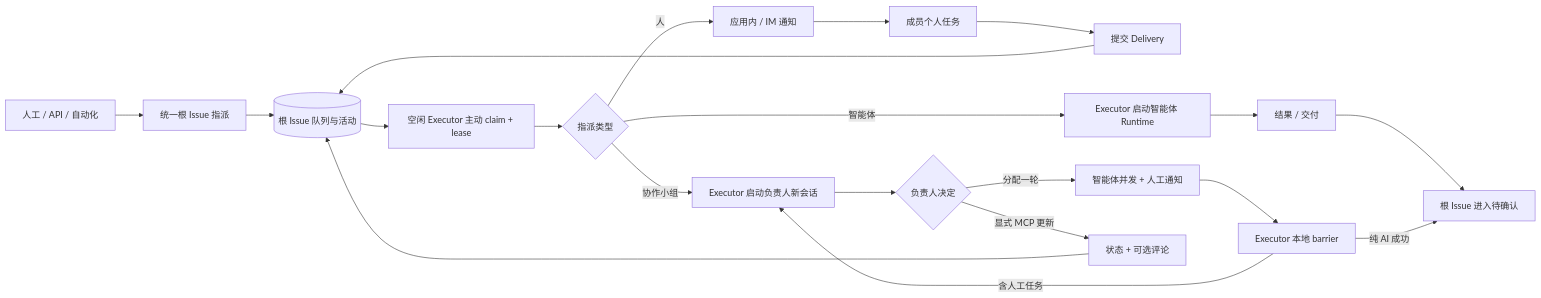
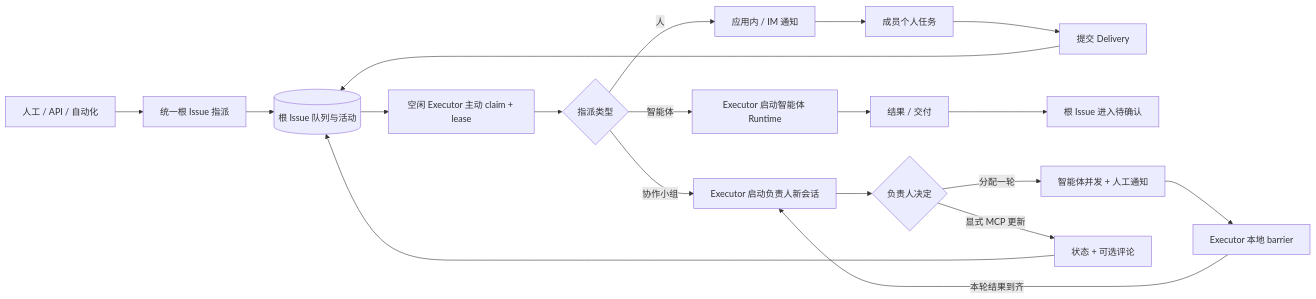
The first of 4 diagrams in docs/zh/wegent/developer-guide/cloud-project-collaboration.md (wecode-ai/Wegent), drawn with Mermaid before and after one commit. The commit also changed other lines of this file and 12 other files, not shown here.

````diff
--- a/docs/zh/wegent/developer-guide/cloud-project-collaboration.md
+++ b/docs/zh/wegent/developer-guide/cloud-project-collaboration.md
@@ -140,22 +140,21 @@
 ```mermaid
 flowchart LR
     TRIGGER[人工 / API / 自动化] --> ASSIGN[统一根 Issue 指派]
     ASSIGN --> ROOT[(根 Issue 队列与活动)]
     ROOT --> CLAIM[空闲 Executor 主动 claim + lease]
     CLAIM --> KIND{指派类型}
     KIND -->|人| NOTICE[应用内 / IM 通知]
     NOTICE --> PERSONAL[成员个人任务]
     PERSONAL --> DELIVERY[提交 Delivery]
     DELIVERY --> ROOT
     KIND -->|智能体| AGENT[Executor 启动智能体 Runtime]
     AGENT --> RESULT[结果 / 交付]
     RESULT --> REVIEW[根 Issue 进入待确认]
     KIND -->|协作小组| MANAGER[Executor 启动负责人新会话]
     MANAGER --> PLAN{负责人决定}
     PLAN -->|分配一轮| BATCH[智能体并发 + 人工通知]
     BATCH --> BARRIER[Executor 本地 barrier]
-    BARRIER -->|含人工任务| MANAGER
-    BARRIER -->|纯 AI 成功| REVIEW
+    BARRIER -->|本轮结果到齐| MANAGER
     PLAN -->|显式 MCP 更新| STATUS[状态 + 可选评论]
     STATUS --> ROOT
 ```
````
